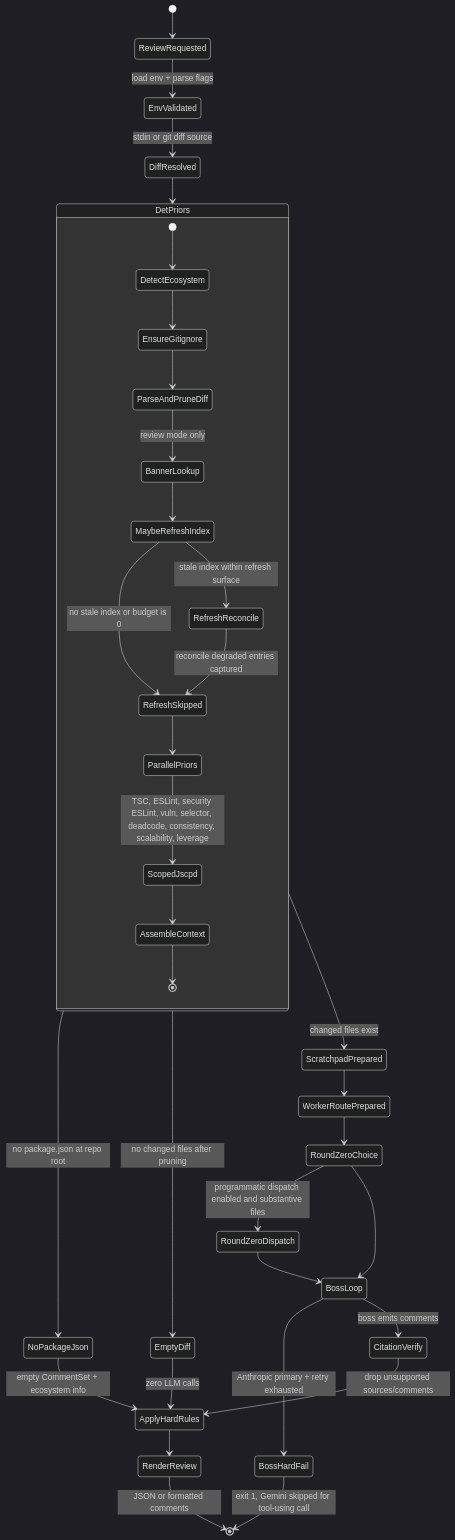
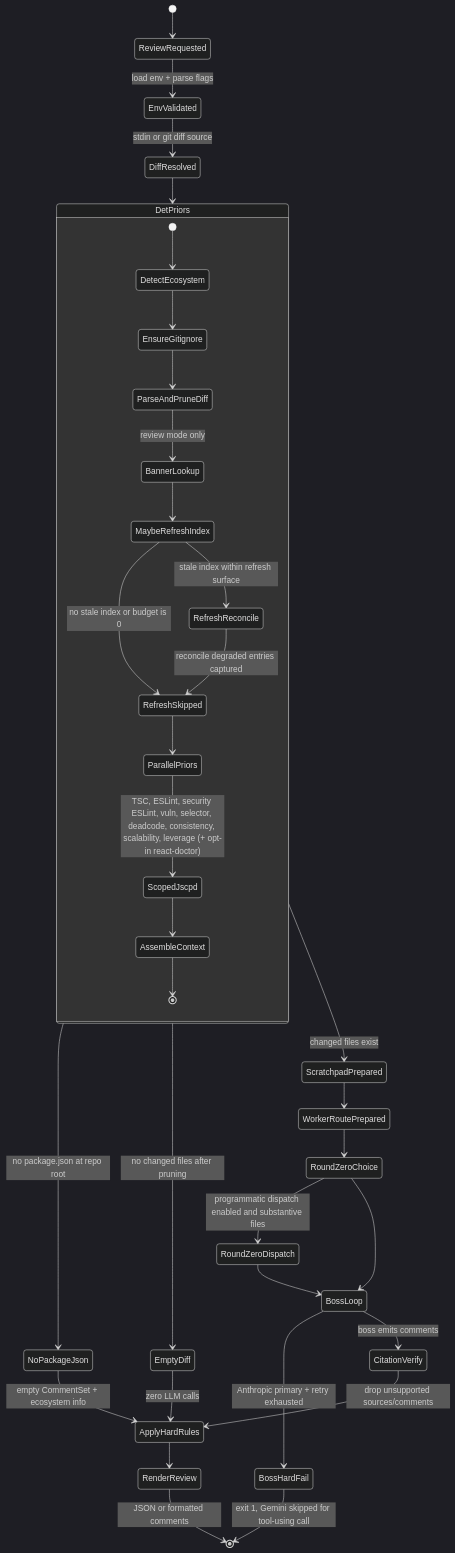
One commit to 99Yash/warden changed the second of 2 diagrams in docs/architecture.md. Above: the diagram before and after it, drawn with Mermaid (dark theme). The commit also changed other lines of this file and 1 other file, not shown here.

````diff
--- a/docs/architecture.md
+++ b/docs/architecture.md
@@ -81,40 +81,40 @@
 ```mermaid
 stateDiagram-v2
   [*] --> ReviewRequested
   ReviewRequested --> EnvValidated: load env + parse flags
   EnvValidated --> DiffResolved: stdin or git diff source
   DiffResolved --> DetPriors
 
   state DetPriors {
     [*] --> DetectEcosystem
     DetectEcosystem --> EnsureGitignore
     EnsureGitignore --> ParseAndPruneDiff
     ParseAndPruneDiff --> BannerLookup: review mode only
     BannerLookup --> MaybeRefreshIndex
     MaybeRefreshIndex --> RefreshSkipped: no stale index or budget is 0
     MaybeRefreshIndex --> RefreshReconcile: stale index within refresh surface
     RefreshReconcile --> RefreshSkipped: reconcile degraded entries captured
     RefreshSkipped --> ParallelPriors
-    ParallelPriors --> ScopedJscpd: TSC, ESLint, security ESLint, vuln, selector, deadcode, consistency, scalability, leverage
+    ParallelPriors --> ScopedJscpd: TSC, ESLint, security ESLint, vuln, selector, deadcode, consistency, scalability, leverage (+ opt-in react-doctor)
     ScopedJscpd --> AssembleContext
     AssembleContext --> [*]
   }
 
   DetPriors --> NoPackageJson: no package.json at repo root
   NoPackageJson --> ApplyHardRules: empty CommentSet + ecosystem info
   DetPriors --> EmptyDiff: no changed files after pruning
   EmptyDiff --> ApplyHardRules: zero LLM calls
   DetPriors --> ScratchpadPrepared: changed files exist
   ScratchpadPrepared --> WorkerRoutePrepared
   WorkerRoutePrepared --> RoundZeroChoice
   RoundZeroChoice --> RoundZeroDispatch: programmatic dispatch enabled and substantive files
   RoundZeroChoice --> BossLoop
   RoundZeroDispatch --> BossLoop
 
   BossLoop --> BossHardFail: Anthropic primary + retry exhausted
   BossHardFail --> [*]: exit 1, Gemini skipped for tool-using call
   BossLoop --> CitationVerify: boss emits comments
   CitationVerify --> ApplyHardRules: drop unsupported sources/comments
   ApplyHardRules --> RenderReview
   RenderReview --> [*]: JSON or formatted comments
 ```
````
